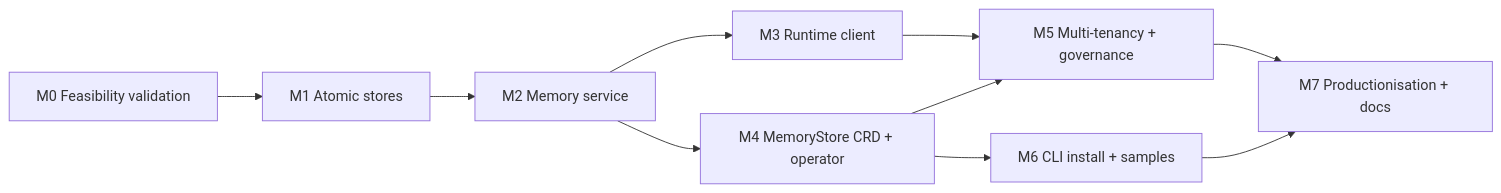
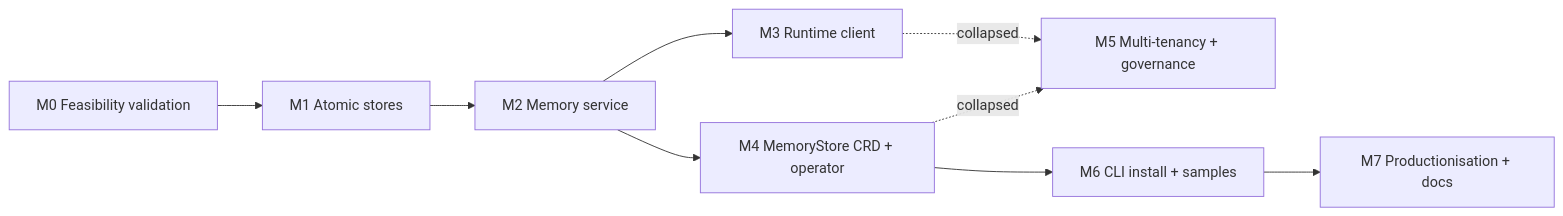
One commit to axsaucedo/kaos-adrs changed the diagram in memory/plan/proposed-split.md. Above: the diagram before and after it, drawn with Mermaid. The commit also changed other lines of this file and 1 other file, not shown here.

First line of the commit message:
docs(memory): collapse M5 multi-tenancy milestone into M3/M4 and gateway track

````diff
--- a/memory/plan/proposed-split.md
+++ b/memory/plan/proposed-split.md
@@ -133,12 +141,11 @@
 ```mermaid
 graph LR
   M0[M0 Feasibility validation] --> M1[M1 Atomic stores]
   M1 --> M2[M2 Memory service]
   M2 --> M3[M3 Runtime client]
   M2 --> M4[M4 MemoryStore CRD + operator]
-  M3 --> M5[M5 Multi-tenancy + governance]
-  M4 --> M5
+  M3 -.->|collapsed| M5[M5 Multi-tenancy + governance]
+  M4 -.->|collapsed| M5
   M4 --> M6[M6 CLI install + samples]
-  M5 --> M7[M7 Productionisation + docs]
-  M6 --> M7
+  M6 --> M7[M7 Productionisation + docs]
 ```
````
